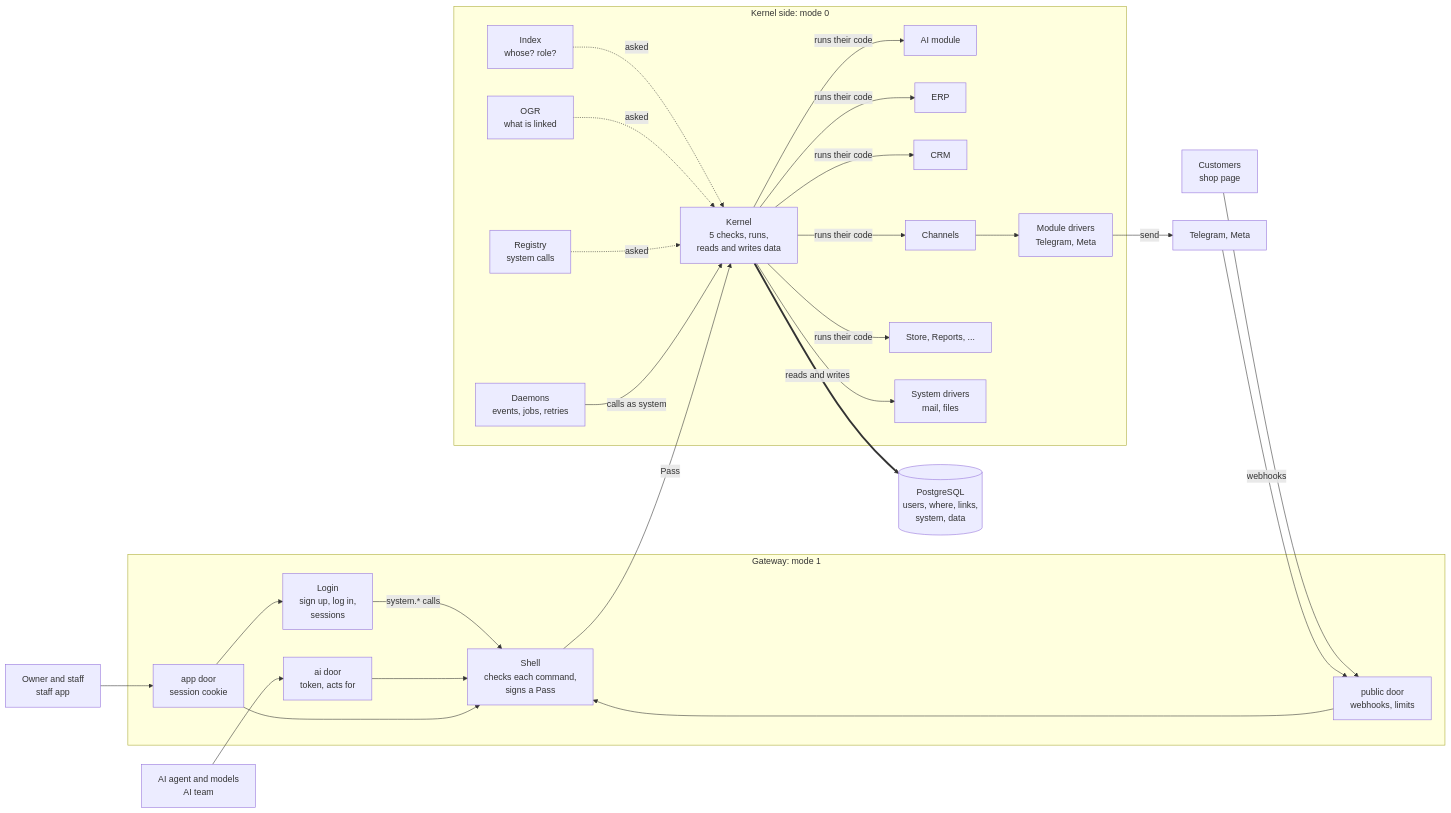
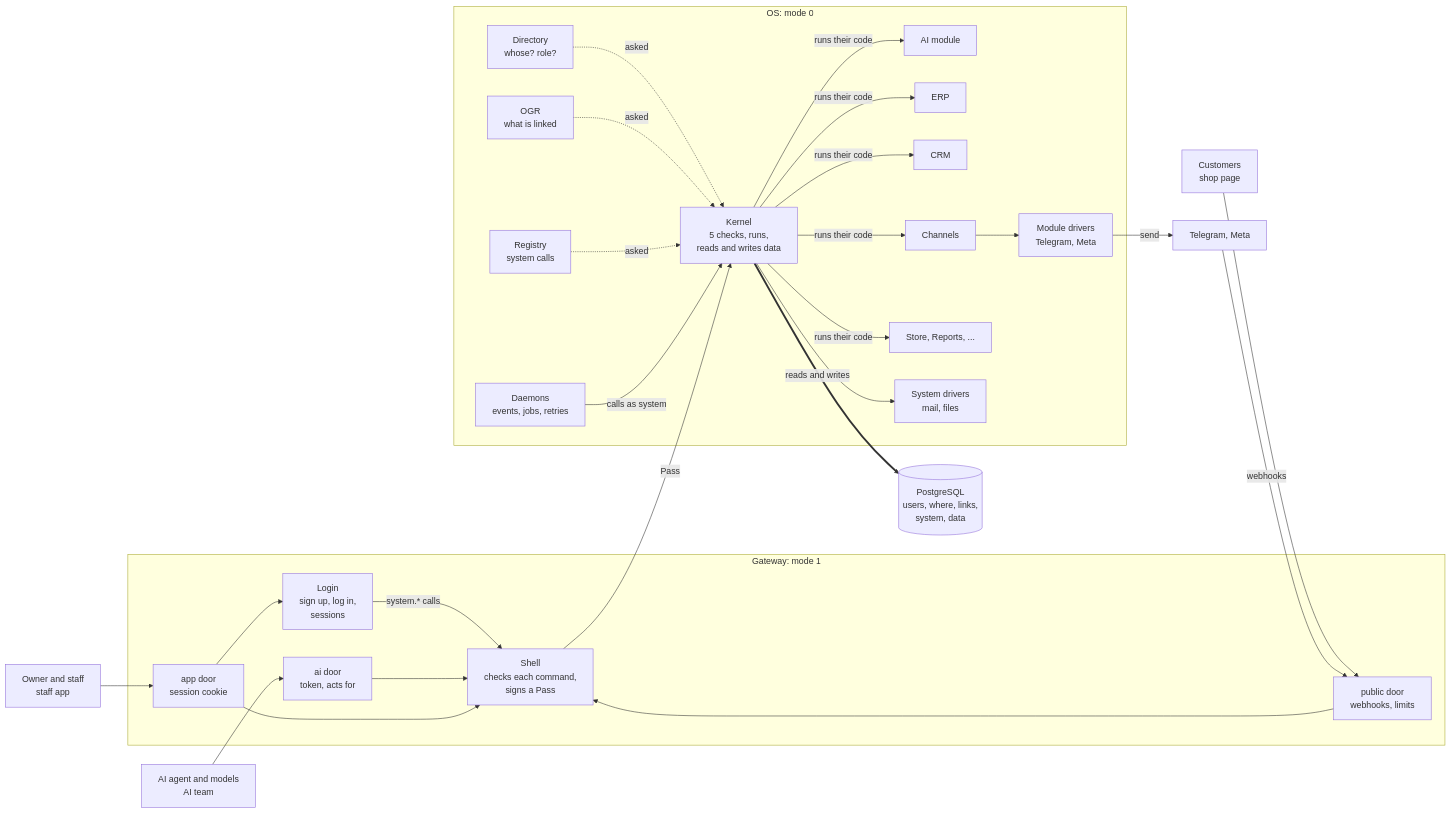
The third of 12 diagrams in technical-structure.md (puagraduationproject/graduationproject), drawn with Mermaid before and after one commit. The commit also changed other lines of this file and 1 other file, not shown here.

Commit message:
Design: the Kernel works like a CPU; the OS folder; the Index is the Directory; a JSON file per system call

````diff
--- a/technical-structure.md
+++ b/technical-structure.md
@@ -562,45 +581,45 @@
 ```mermaid
 flowchart LR
   OWNER["Owner and staff<br/>staff app"]
   AGENT["AI agent and models<br/>AI team"]
   CUST["Customers<br/>shop page"]
   OUT["Telegram, Meta"]
   subgraph GW["Gateway: mode 1"]
     AIDOOR["ai door<br/>token, acts for"]
     APPDOOR["app door<br/>session cookie"]
     PUBDOOR["public door<br/>webhooks, limits"]
     LOGIN["Login<br/>sign up, log in,<br/>sessions"]
     SHELL["Shell<br/>checks each command,<br/>signs a Pass"]
   end
-  subgraph KS["Kernel side: mode 0"]
-    INDEX["Index<br/>whose? role?"]
+  subgraph KS["OS: mode 0"]
+    INDEX["Directory<br/>whose? role?"]
     OGR["OGR<br/>what is linked"]
     REG["Registry<br/>system calls"]
     DAEMONS["Daemons<br/>events, jobs, retries"]
     KERNEL["Kernel<br/>5 checks, runs,<br/>reads and writes data"]
     AIMOD["AI module"]
     ERP["ERP"]
     CRM["CRM"]
     CHN["Channels"]
     MORE["Store, Reports, ..."]
     DRV["Module drivers<br/>Telegram, Meta"]
     SYSDRV["System drivers<br/>mail, files"]
   end
   DB[("PostgreSQL<br/>users, where, links,<br/>system, data")]
 
   AGENT --> AIDOOR
   OWNER --> APPDOOR
   CUST --> PUBDOOR
   OUT -->|"webhooks"| PUBDOOR
   APPDOOR --> LOGIN
   LOGIN -->|"system.* calls"| SHELL
   AIDOOR & APPDOOR & PUBDOOR --> SHELL
   SHELL -->|"Pass"| KERNEL
   INDEX & OGR & REG -.->|"asked"| KERNEL
   DAEMONS -->|"calls as system"| KERNEL
   KERNEL -->|"runs their code"| AIMOD & ERP & CRM & CHN & MORE
   KERNEL ==>|"reads and writes"| DB
   KERNEL --> SYSDRV
   CHN --> DRV
   DRV -->|"send"| OUT
 ```
````
